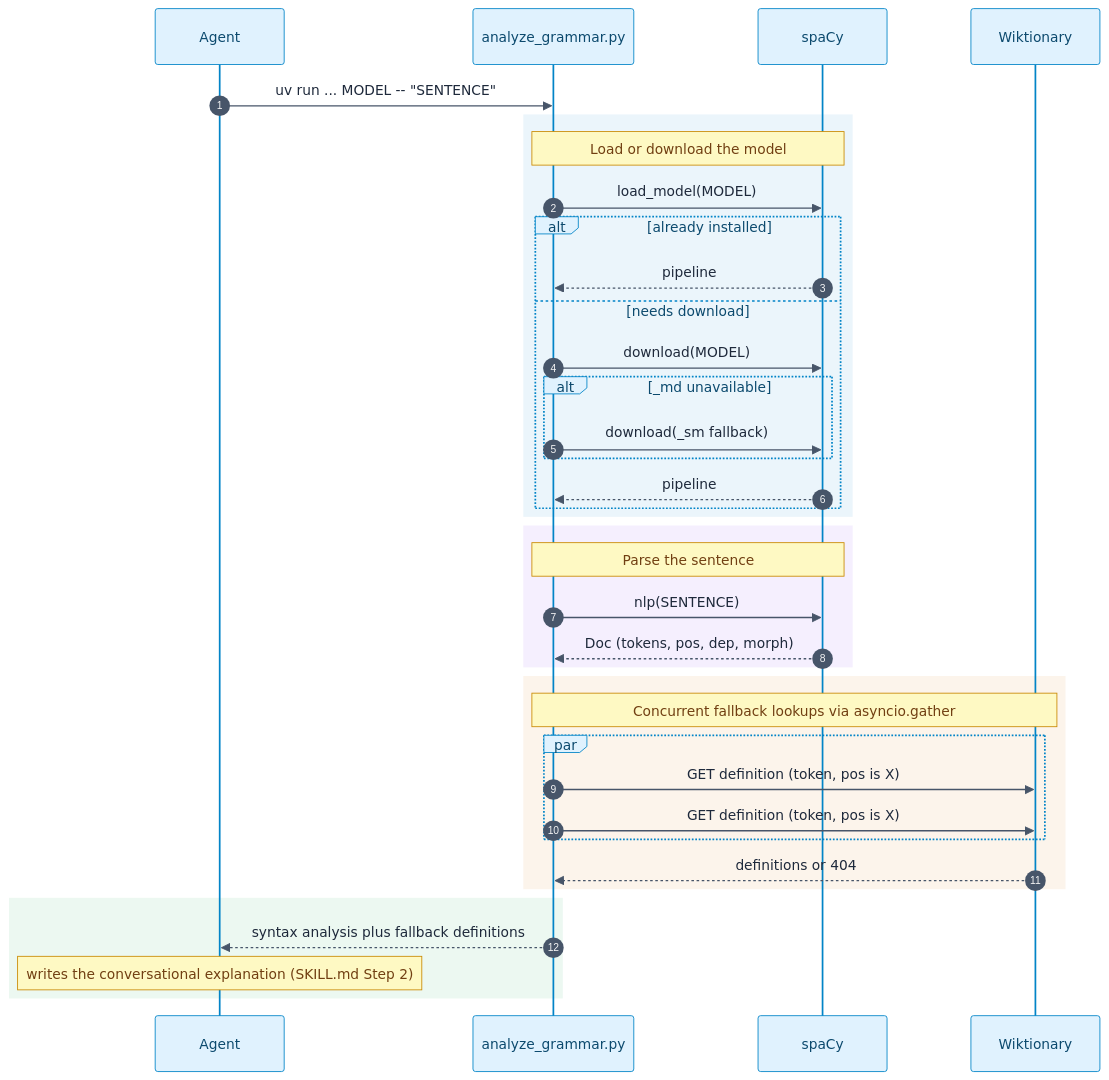
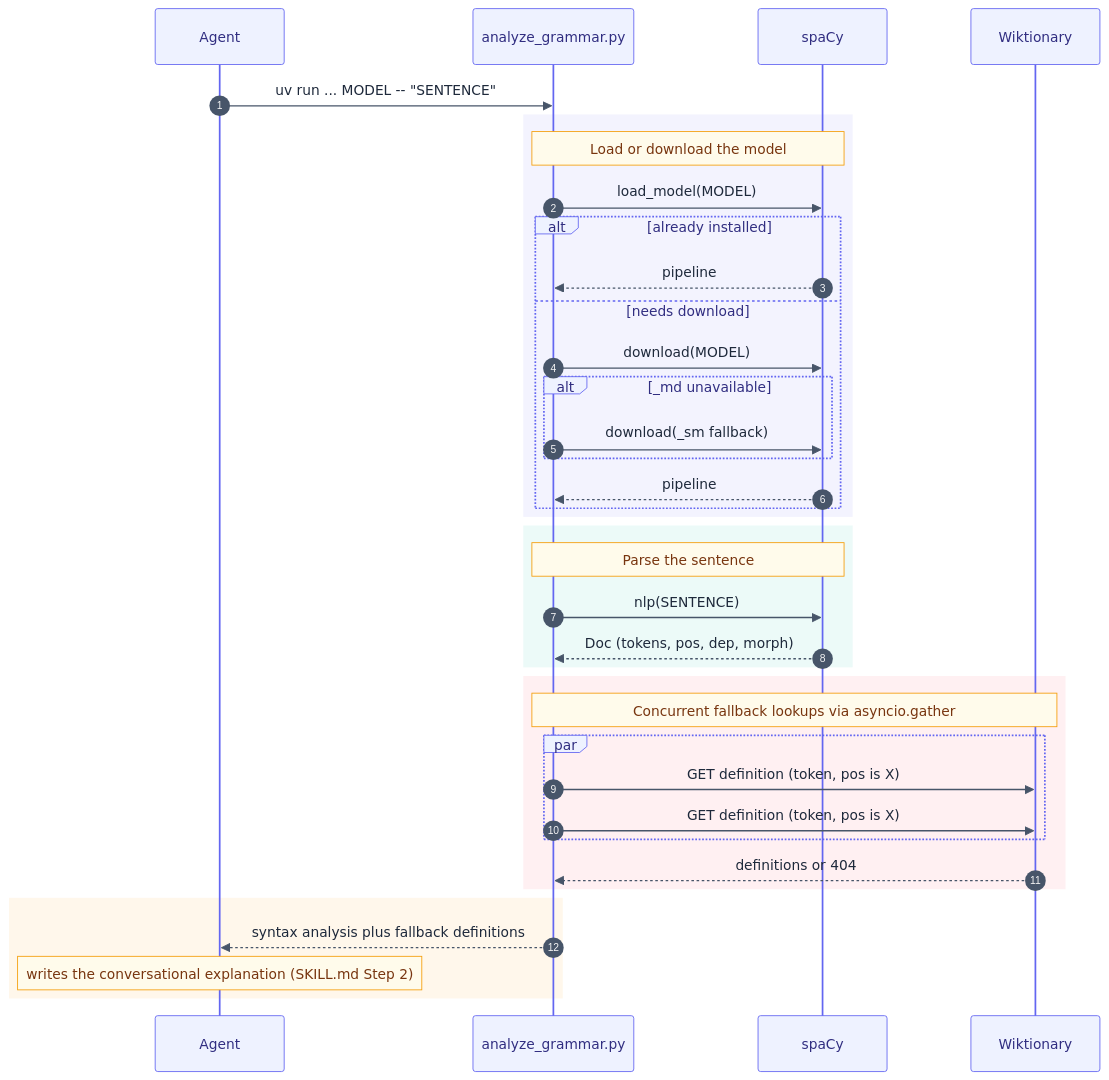
One commit to nikosavola/analyze-grammar-skill changed the diagram in README.md. Above: the diagram before and after it, drawn with Mermaid.

Commit message:
Switch the README diagram to an indigo/teal/rose/amber palette
Different color scheme per phase than the previous blue/purple/orange/
green, validated against a live Mermaid renderer before committing.

````diff
--- a/README.md
+++ b/README.md
@@ -45,45 +45,45 @@
 ```mermaid
-%%{init: {'theme': 'base', 'themeVariables': {'primaryColor': '#e0f2fe', 'primaryBorderColor': '#0284c7', 'primaryTextColor': '#0c4a6e', 'actorBkg': '#e0f2fe', 'actorBorder': '#0284c7', 'actorTextColor': '#0c4a6e', 'signalColor': '#475569', 'signalTextColor': '#1e293b', 'noteBkgColor': '#fef9c3', 'noteBorderColor': '#ca8a04', 'noteTextColor': '#713f12'}}}%%
+%%{init: {'theme': 'base', 'themeVariables': {'primaryColor': '#eef2ff', 'primaryBorderColor': '#6366f1', 'primaryTextColor': '#312e81', 'actorBkg': '#eef2ff', 'actorBorder': '#6366f1', 'actorTextColor': '#312e81', 'signalColor': '#475569', 'signalTextColor': '#1e293b', 'noteBkgColor': '#fffbeb', 'noteBorderColor': '#f59e0b', 'noteTextColor': '#78350f'}}}%%
 sequenceDiagram
     autonumber
     participant Agent
     participant Script as analyze_grammar.py
     participant spaCy
     participant Wiktionary
 
     Agent->>Script: uv run ... MODEL -- "SENTENCE"
 
-    rect rgba(2, 132, 199, 0.08)
+    rect rgba(99, 102, 241, 0.08)
     Note over Script,spaCy: Load or download the model
     Script->>spaCy: load_model(MODEL)
     alt already installed
         spaCy-->>Script: pipeline
     else needs download
         Script->>spaCy: download(MODEL)
         alt _md unavailable
             Script->>spaCy: download(_sm fallback)
         end
         spaCy-->>Script: pipeline
     end
     end
 
-    rect rgba(124, 58, 237, 0.08)
+    rect rgba(20, 184, 166, 0.08)
     Note over Script,spaCy: Parse the sentence
     Script->>spaCy: nlp(SENTENCE)
     spaCy-->>Script: Doc (tokens, pos, dep, morph)
     end
 
-    rect rgba(217, 119, 6, 0.08)
+    rect rgba(244, 63, 94, 0.08)
     Note over Script,Wiktionary: Concurrent fallback lookups via asyncio.gather
     par
         Script->>Wiktionary: GET definition (token, pos is X)
         Script->>Wiktionary: GET definition (token, pos is X)
     end
     Wiktionary-->>Script: definitions or 404
     end
 
-    rect rgba(22, 163, 74, 0.08)
+    rect rgba(245, 158, 11, 0.08)
     Script-->>Agent: syntax analysis plus fallback definitions
     Note over Agent: writes the conversational explanation (SKILL.md Step 2)
     end
 ```
````
